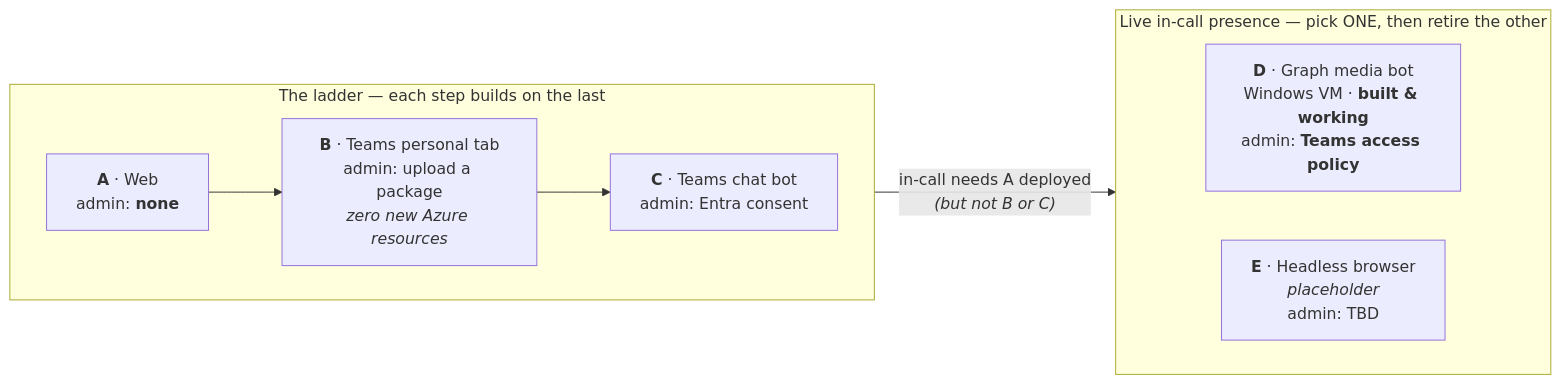
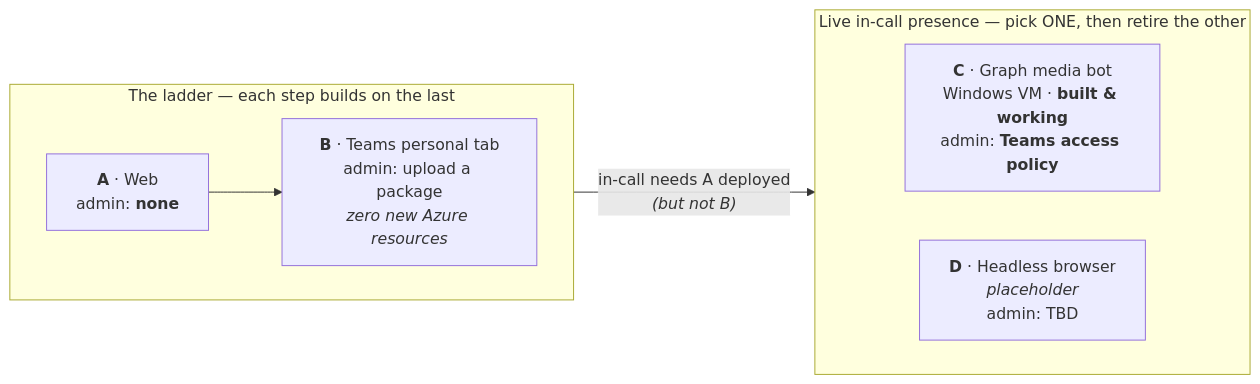
One commit to SridharArrabelly/avatar-forge changed the diagram in docs/channels/README.md. Above: the diagram before and after it, drawn with Mermaid. The commit also changed other lines of this file and 65 other files, not shown here.

````diff
--- a/docs/channels/README.md
+++ b/docs/channels/README.md
@@ -50,18 +49,17 @@
 ```mermaid
 flowchart LR
     subgraph Ladder["The ladder — each step builds on the last"]
         direction LR
         A["<b>A</b> · Web<br/>admin: <b>none</b>"]
         B["<b>B</b> · Teams personal tab<br/>admin: upload a package<br/><i>zero new Azure resources</i>"]
-        C["<b>C</b> · Teams chat bot<br/>admin: Entra consent"]
-        A --> B --> C
+        A --> B
     end
 
     subgraph Rivals["Live in-call presence — pick ONE, then retire the other"]
         direction LR
-        D["<b>D</b> · Graph media bot<br/>Windows VM · <b>built &amp; working</b><br/>admin: <b>Teams access policy</b>"]
-        E["<b>E</b> · Headless browser<br/><i>placeholder</i><br/>admin: TBD"]
+        C["<b>C</b> · Graph media bot<br/>Windows VM · <b>built &amp; working</b><br/>admin: <b>Teams access policy</b>"]
+        D["<b>D</b> · Headless browser<br/><i>placeholder</i><br/>admin: TBD"]
     end
 
-    A -- "in-call needs A deployed<br/><i>(but not B or C)</i>" --> Rivals
+    A -- "in-call needs A deployed<br/><i>(but not B)</i>" --> Rivals
 ```
````
